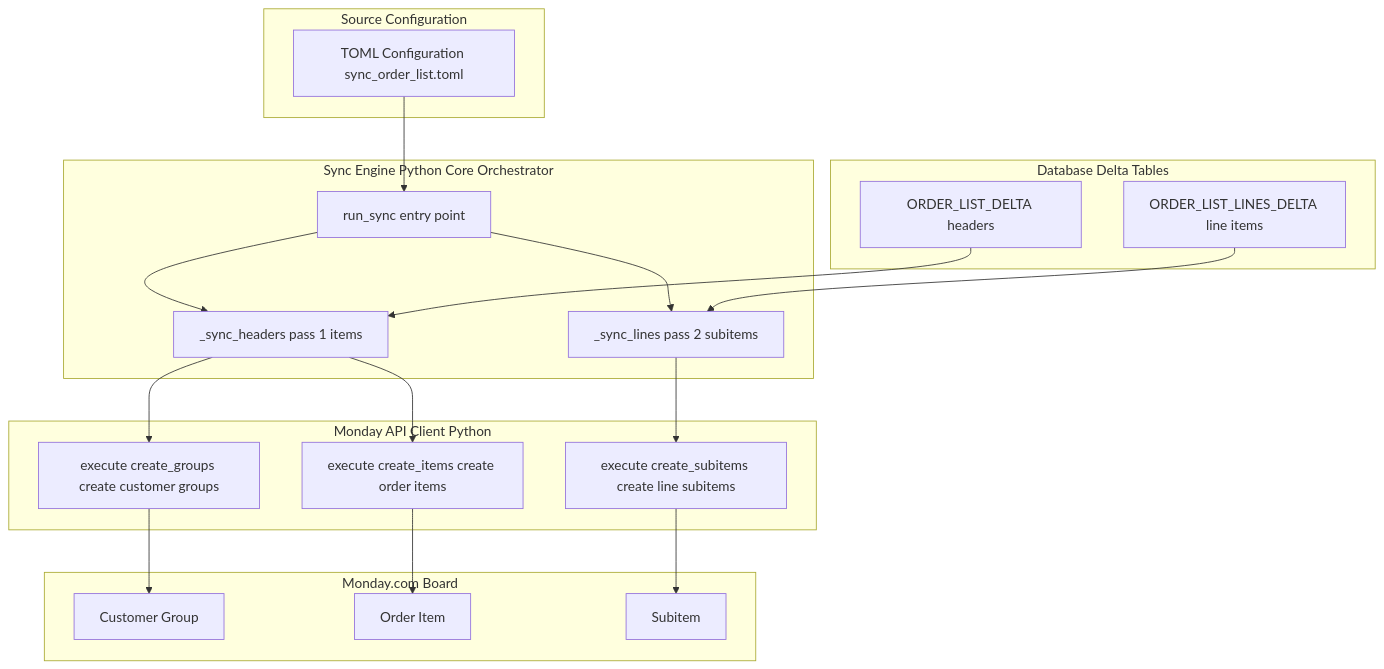
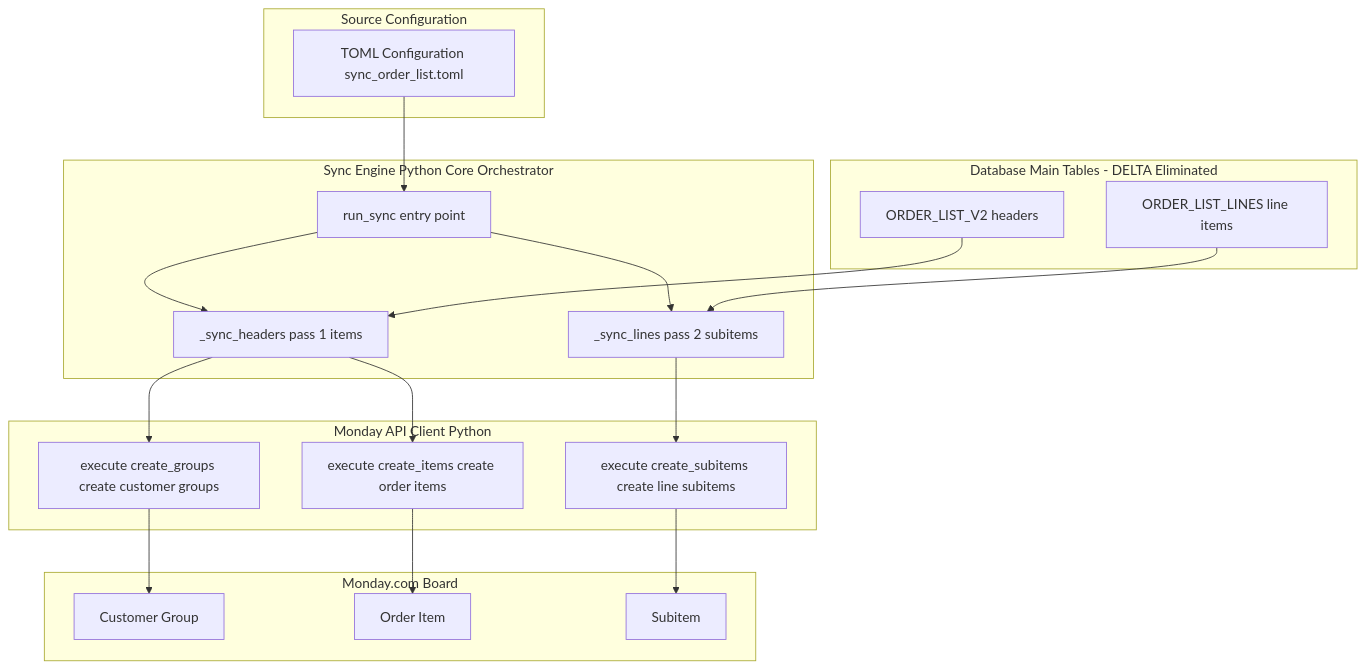
One commit to Active-Apparel-Group/data-orchestration changed the diagram in memory-bank/systemPatterns.md. Above: the diagram before and after it, drawn with Mermaid. The commit also changed other lines of this file and 16 other files, not shown here.

````diff
--- a/memory-bank/systemPatterns.md
+++ b/memory-bank/systemPatterns.md
@@ -126,38 +132,38 @@
 ```mermaid
 flowchart TB
     subgraph Source_Configuration [Source Configuration]
         C1[TOML Configuration sync_order_list.toml]
     end
-    subgraph Database_Delta [Database Delta Tables]
-        D1[ORDER_LIST_DELTA headers]
-        D2[ORDER_LIST_LINES_DELTA line items]
+    subgraph Database_Main [Database Main Tables - DELTA Eliminated]
+        D1[ORDER_LIST_V2 headers]
+        D2[ORDER_LIST_LINES line items]
     end
     subgraph Sync_Engine [Sync Engine Python Core Orchestrator]
         E1[run_sync entry point]
         E2[_sync_headers pass 1 items]
         E3[_sync_lines pass 2 subitems]
     end
     subgraph Monday_API [Monday API Client Python]
         M1[execute create_items create order items]
         M2[execute create_subitems create line subitems]
         M3[execute create_groups create customer groups]
     end
     subgraph Monday_Board [Monday.com Board]
         B1[Customer Group]
         B2[Order Item]
         B3[Subitem]
     end
 
     C1 --> E1
     E1 --> E2
     E1 --> E3
     D1 --> E2
     D2 --> E3
     E2 --> M1
     E2 --> M3
     E3 --> M2
     M1 --> B2
     M2 --> B3
     M3 --> B1
 
 ```
````
